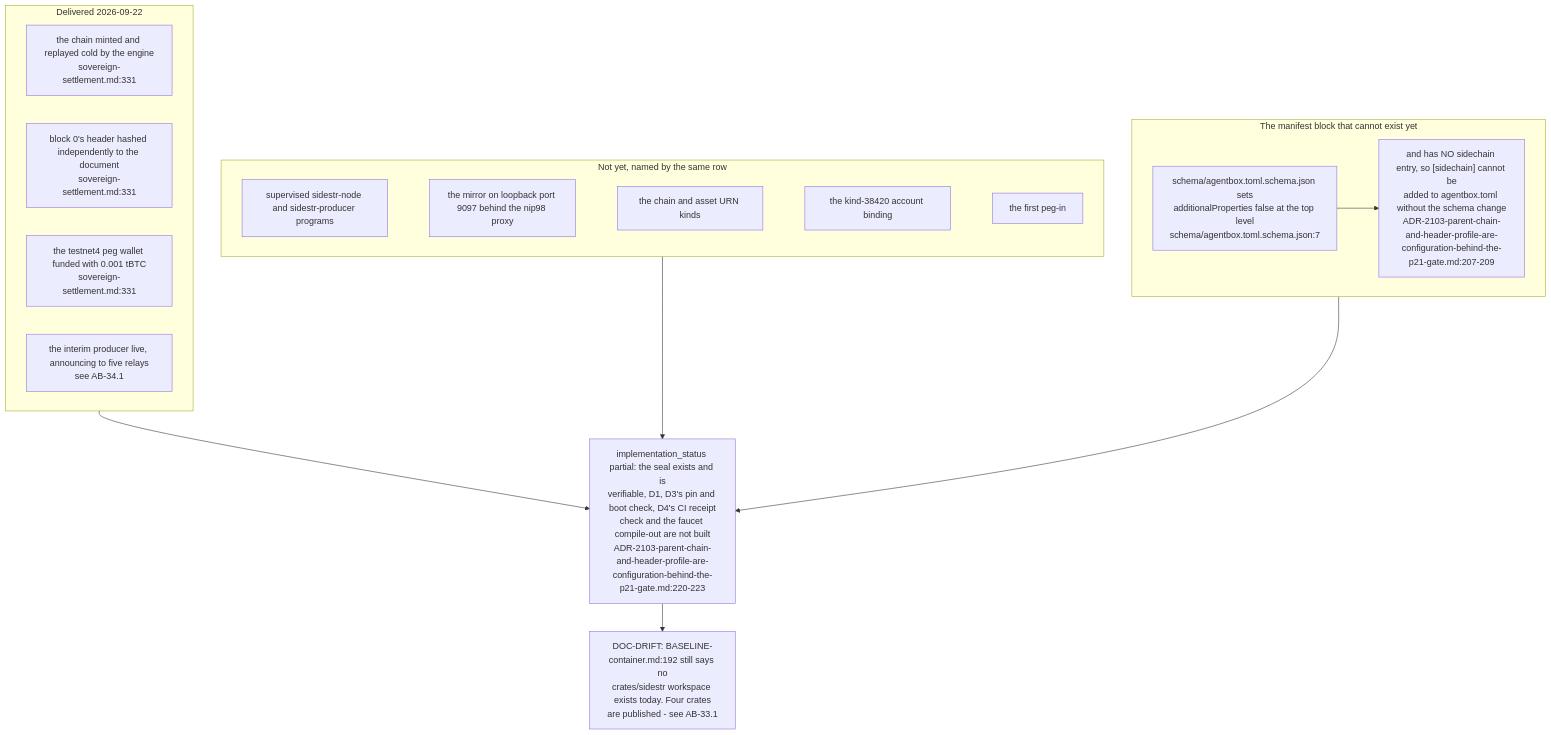
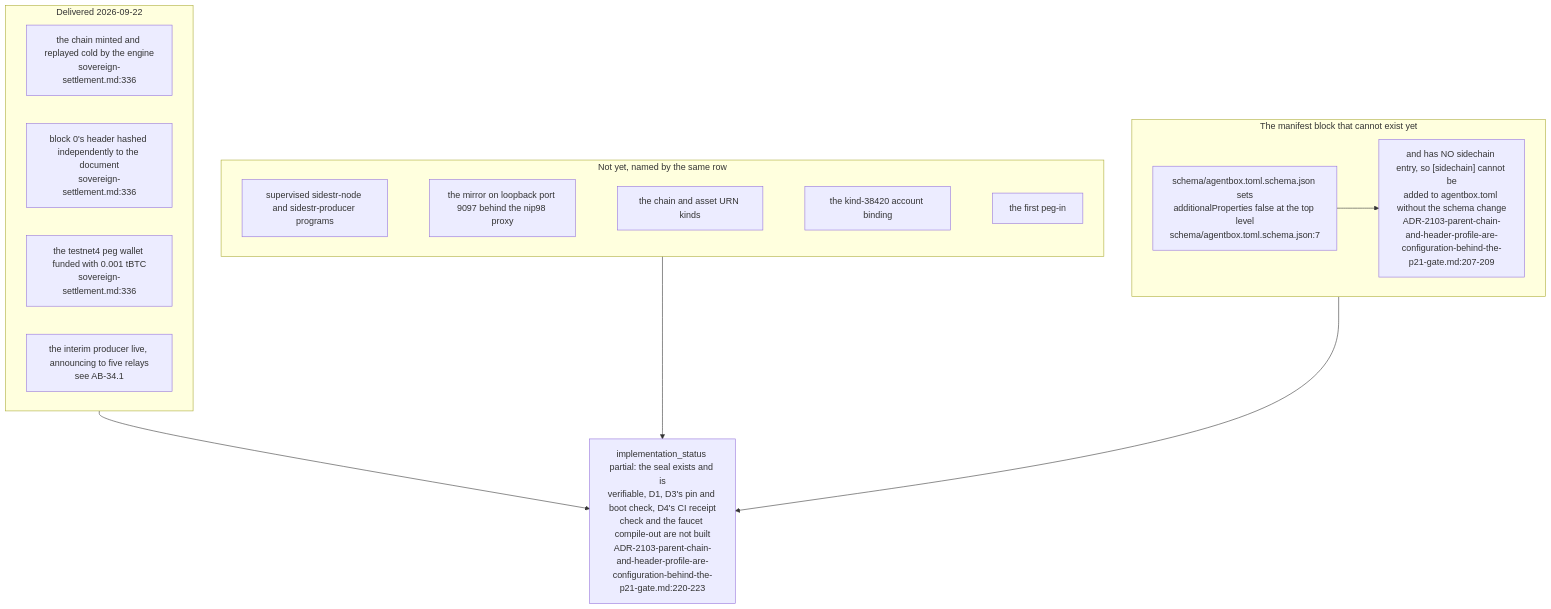
The fifth of 5 diagrams in docs/diagrams/agentbox/32-sidechain-root-seal.md (DreamLab-AI/VisionFlow), drawn with Mermaid before and after one commit. The commit also changed other lines of this file and 136 other files, not shown here.

First line of the commit message:
docs(diagrams): refresh the whole corpus to code HEAD and prune low-value diagrams

````diff
--- a/docs/diagrams/agentbox/32-sidechain-root-seal.md
+++ b/docs/diagrams/agentbox/32-sidechain-root-seal.md
@@ -165,26 +165,25 @@
 ```mermaid
 flowchart TB
     subgraph done["Delivered 2026-09-22"]
-        D1["the chain minted and replayed cold by the engine<br/>sovereign-settlement.md:331"]
-        D2["block 0's header hashed independently to the document<br/>sovereign-settlement.md:331"]
-        D3["the testnet4 peg wallet funded with 0.001 tBTC<br/>sovereign-settlement.md:331"]
+        D1["the chain minted and replayed cold by the engine<br/>sovereign-settlement.md:336"]
+        D2["block 0's header hashed independently to the document<br/>sovereign-settlement.md:336"]
+        D3["the testnet4 peg wallet funded with 0.001 tBTC<br/>sovereign-settlement.md:336"]
         D4["the interim producer live, announcing to five relays<br/>see AB-34.1"]
     end
     subgraph missing["Not yet, named by the same row"]
         M1["supervised sidestr-node and sidestr-producer programs"]
         M2["the mirror on loopback port 9097 behind the nip98 proxy"]
         M3["the chain and asset URN kinds"]
         M4["the kind-38420 account binding"]
         M5["the first peg-in"]
         M1 ~~~ M2 ~~~ M3 ~~~ M4 ~~~ M5
     end
     subgraph gate["The manifest block that cannot exist yet"]
         G1["schema/agentbox.toml.schema.json sets<br/>additionalProperties false at the top level<br/>schema/agentbox.toml.schema.json:7"]
         G2["and has NO sidechain entry, so [sidechain] cannot be<br/>added to agentbox.toml without the schema change<br/>ADR-2103-parent-chain-and-header-profile-are-configuration-behind-the-p21-gate.md:207-209"]
         G1 --> G2
     end
     done --> STATUS["implementation_status partial: the seal exists and is<br/>verifiable, D1, D3's pin and boot check, D4's CI receipt<br/>check and the faucet compile-out are not built<br/>ADR-2103-parent-chain-and-header-profile-are-configuration-behind-the-p21-gate.md:220-223"]
     missing --> STATUS
     gate --> STATUS
-    STATUS --> DRIFT["DOC-DRIFT: BASELINE-container.md:192 still says no<br/>crates/sidestr workspace exists today. Four crates<br/>are published - see AB-33.1"]
 ```
````
